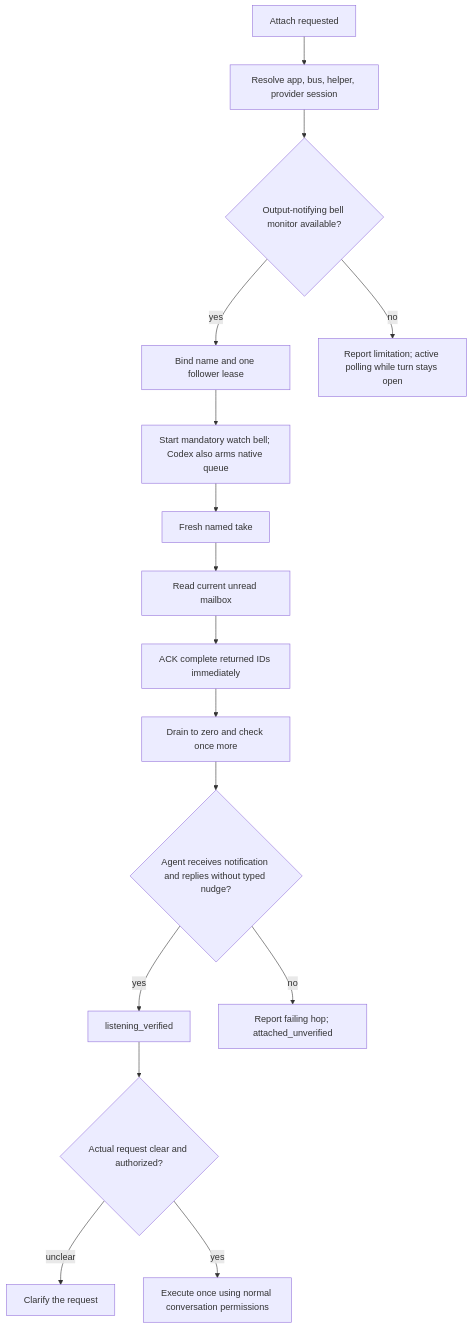
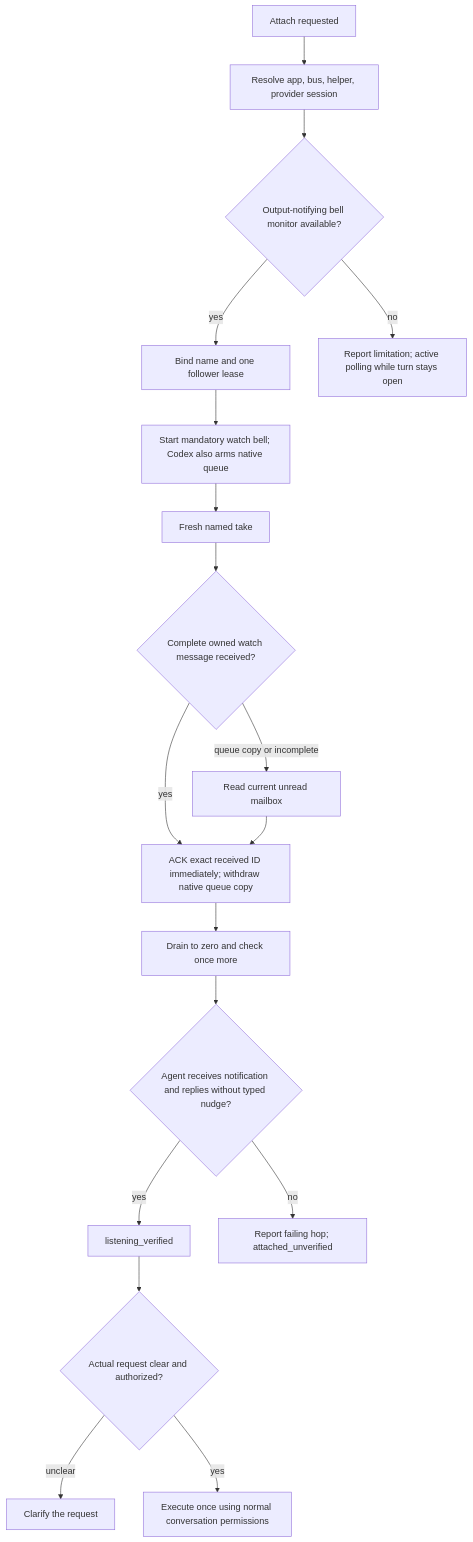
One commit to vetcoders/codescribe changed the diagram in skills/codescribe/FLOW.md. Above: the diagram before and after it, drawn with Mermaid. The commit also changed 529 other files, not shown here.

````diff
--- a/skills/codescribe/FLOW.md
+++ b/skills/codescribe/FLOW.md
@@ -5,19 +5,21 @@
 ```mermaid
 flowchart TD
     A[Attach requested] --> B[Resolve app, bus, helper, provider session]
     B --> C{Output-notifying bell monitor available?}
     C -->|yes| D[Bind name and one follower lease]
     C -->|no| E[Report limitation; active polling while turn stays open]
     D --> M[Start mandatory watch bell; Codex also arms native queue]
     M --> F[Fresh named take]
     G{Agent receives notification and replies without typed nudge?}
     G -->|yes| H[listening_verified]
     G -->|no| I[Report failing hop; attached_unverified]
-    F --> R[Read current unread mailbox]
-    R --> K1[ACK complete returned IDs immediately]
+    F --> N{Complete owned watch message received?}
+    N -->|yes| K1[ACK exact received ID immediately; withdraw native queue copy]
+    N -->|queue copy or incomplete| R[Read current unread mailbox]
+    R --> K1
     K1 --> R2[Drain to zero and check once more]
     R2 --> G
     H --> J{Actual request clear and authorized?}
     J -->|unclear| K[Clarify the request]
     J -->|yes| L[Execute once using normal conversation permissions]
 ```
````
